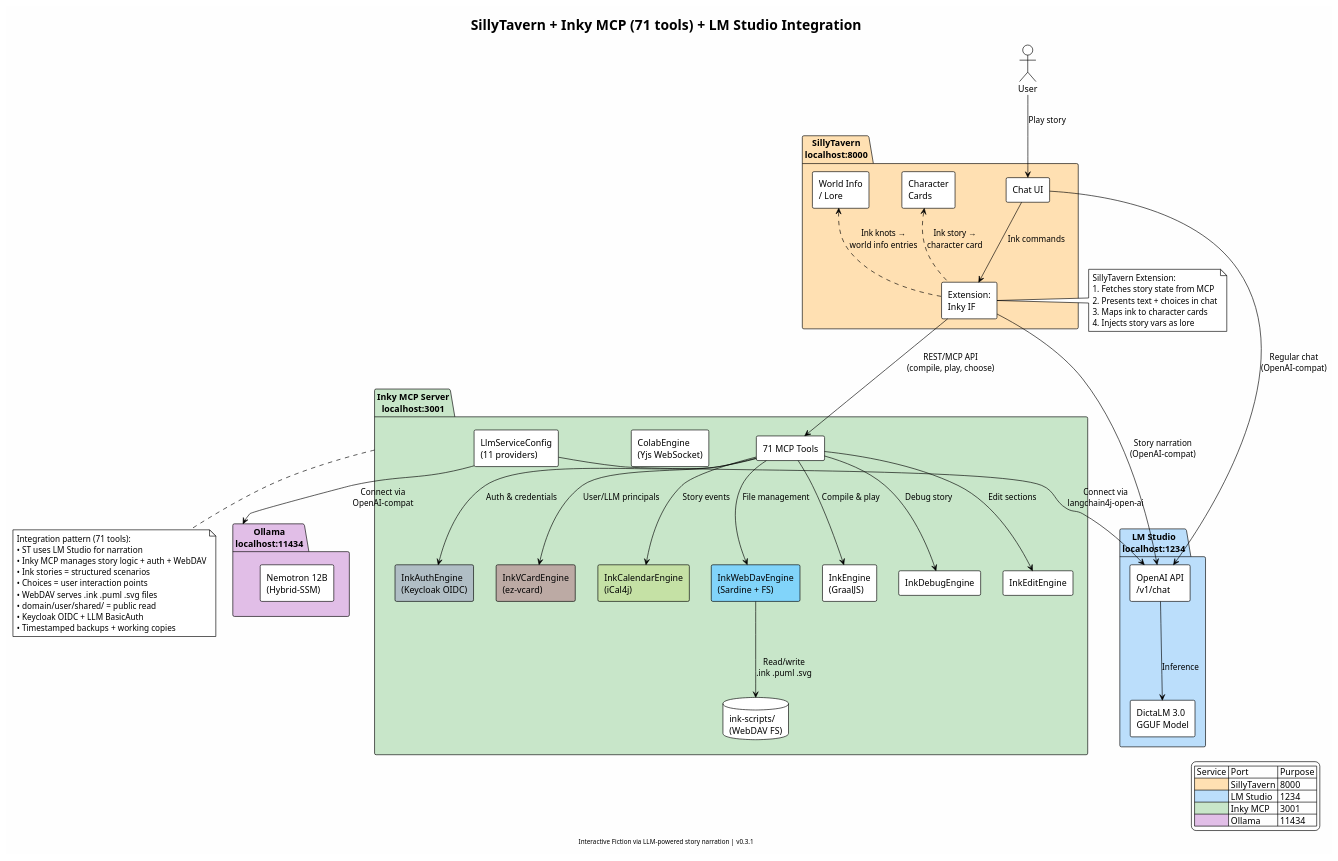
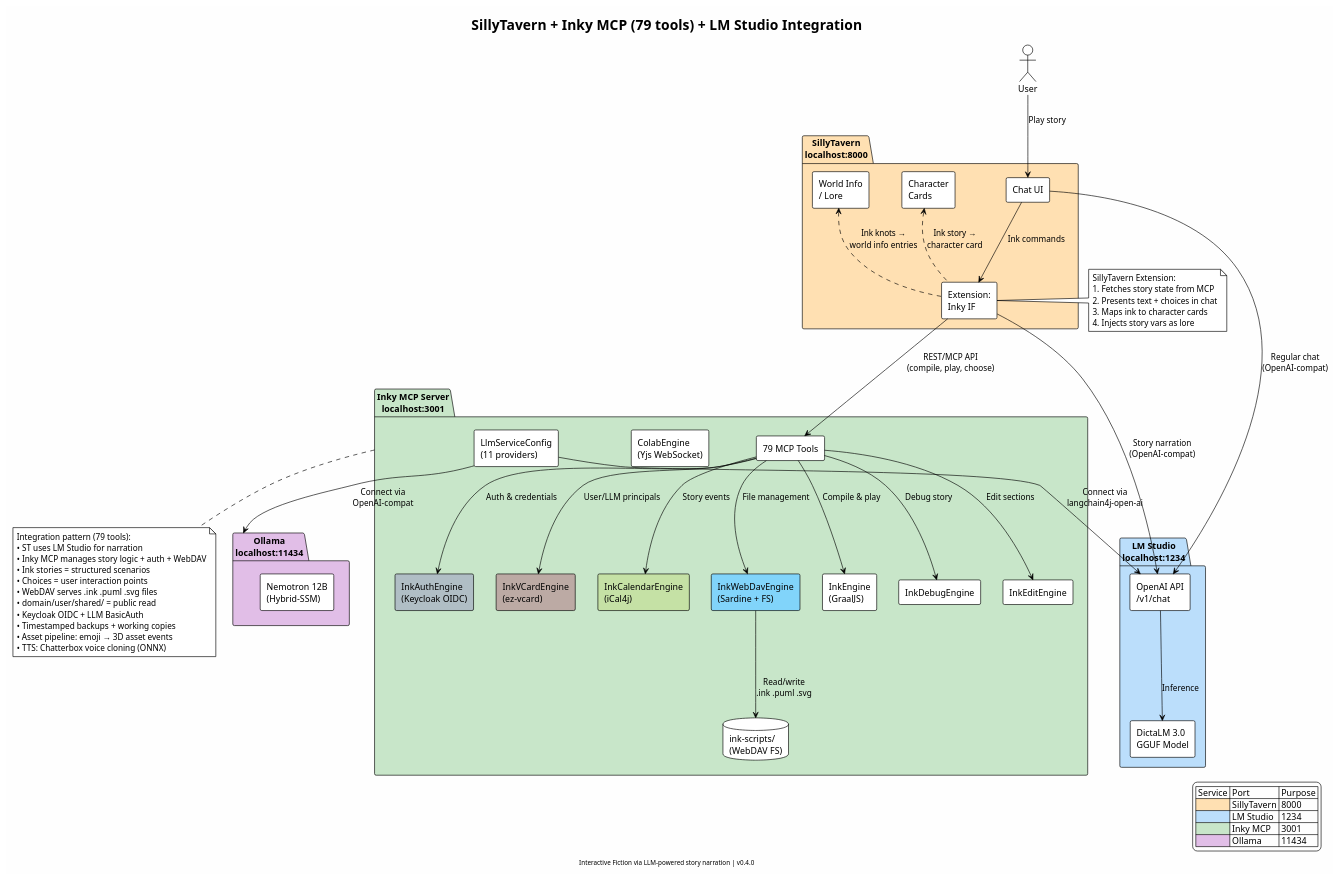
The diagram in docs/architecture/sillytavern-ink-integration.puml (VRDate/inky), drawn with PlantUML before and after one commit. The commit also changed 3 other files, not shown here.

First line of the commit message:
Add SillyTavern + Chromium PWA extension to architecture docs

```diff
--- a/docs/architecture/sillytavern-ink-integration.puml
+++ b/docs/architecture/sillytavern-ink-integration.puml
@@ -1,98 +1,100 @@
 @startuml sillytavern-ink-integration
 !theme plain
 skinparam backgroundColor #FEFEFE
 
-title SillyTavern + Inky MCP (71 tools) + LM Studio Integration
-footer Interactive Fiction via LLM-powered story narration | v0.3.1
+title SillyTavern + Inky MCP (79 tools) + LM Studio Integration
+footer Interactive Fiction via LLM-powered story narration | v0.4.0
 
 actor "User" as user
 
 ' ── SillyTavern ──
 package "SillyTavern\nlocalhost:8000" as st #FFE0B2 {
     rectangle "Chat UI" as chatUI
     rectangle "Character\nCards" as cards
     rectangle "World Info\n/ Lore" as worldInfo
     rectangle "Extension:\nInky IF" as stExtension
 }
 
 ' ── LM Studio ──
 package "LM Studio\nlocalhost:1234" as lms #BBDEFB {
     rectangle "OpenAI API\n/v1/chat" as lmsApi
     rectangle "DictaLM 3.0\nGGUF Model" as lmsModel
 }
 
 ' ── Inky MCP Server ──
 package "Inky MCP Server\nlocalhost:3001" as mcp #C8E6C9 {
-    rectangle "71 MCP Tools" as mcpTools
+    rectangle "79 MCP Tools" as mcpTools
     rectangle "InkEngine\n(GraalJS)" as inkEngine
     rectangle "InkDebugEngine" as debugEngine
     rectangle "InkEditEngine" as editEngine
     rectangle "ColabEngine\n(Yjs WebSocket)" as colabEngine
     rectangle "InkAuthEngine\n(Keycloak OIDC)" as authEngine #B0BEC5
     rectangle "InkVCardEngine\n(ez-vcard)" as vcardEngine #BCAAA4
     rectangle "InkCalendarEngine\n(iCal4j)" as calendarEngine #C5E1A5
     rectangle "InkWebDavEngine\n(Sardine + FS)" as webDavEngine #81D4FA
 
     rectangle "LlmServiceConfig\n(11 providers)" as serviceConfig
     database "ink-scripts/\n(WebDAV FS)" as inkScripts
 }
 
 ' ── Ollama (alternative) ──
 package "Ollama\nlocalhost:11434" as ollama #E1BEE7 {
     rectangle "Nemotron 12B\n(Hybrid-SSM)" as ollamaModel
 }
 
 ' ── Flows ──
 user --> chatUI : Play story
 chatUI --> stExtension : Ink commands
 stExtension --> mcpTools : REST/MCP API\n(compile, play, choose)
 stExtension --> lmsApi : Story narration\n(OpenAI-compat)
 
 chatUI --> lmsApi : Regular chat\n(OpenAI-compat)
 lmsApi --> lmsModel : Inference
 
 mcpTools --> inkEngine : Compile & play
 mcpTools --> debugEngine : Debug story
 mcpTools --> editEngine : Edit sections
 mcpTools --> authEngine : Auth & credentials
 mcpTools --> vcardEngine : User/LLM principals
 mcpTools --> calendarEngine : Story events
 mcpTools --> webDavEngine : File management
 webDavEngine --> inkScripts : Read/write\n.ink .puml .svg
 
 serviceConfig --> lmsApi : Connect via\nlangchain4j-open-ai
 serviceConfig --> ollama : Connect via\nOpenAI-compat
 
 cards <.. stExtension : Ink story →\ncharacter card
 worldInfo <.. stExtension : Ink knots →\nworld info entries
 
 ' ── Data flow annotations ──
 note right of stExtension
   SillyTavern Extension:
   1. Fetches story state from MCP
   2. Presents text + choices in chat
   3. Maps ink to character cards
   4. Injects story vars as lore
 end note
 
 note bottom of mcp
-  Integration pattern (71 tools):
+  Integration pattern (79 tools):
   • ST uses LM Studio for narration
   • Inky MCP manages story logic + auth + WebDAV
   • Ink stories = structured scenarios
   • Choices = user interaction points
   • WebDAV serves .ink .puml .svg files
   • domain/user/shared/ = public read
   • Keycloak OIDC + LLM BasicAuth
   • Timestamped backups + working copies
+  • Asset pipeline: emoji → 3D asset events
+  • TTS: Chatterbox voice cloning (ONNX)
 end note
 
 legend right
   | Service | Port | Purpose |
   |<#FFE0B2>| SillyTavern | 8000 | Chat frontend |
   |<#BBDEFB>| LM Studio | 1234 | LLM inference |
   |<#C8E6C9>| Inky MCP | 3001 | Ink engine + tools |
   |<#E1BEE7>| Ollama | 11434 | Alt. inference |
 endlegend
 
 @enduml
```
